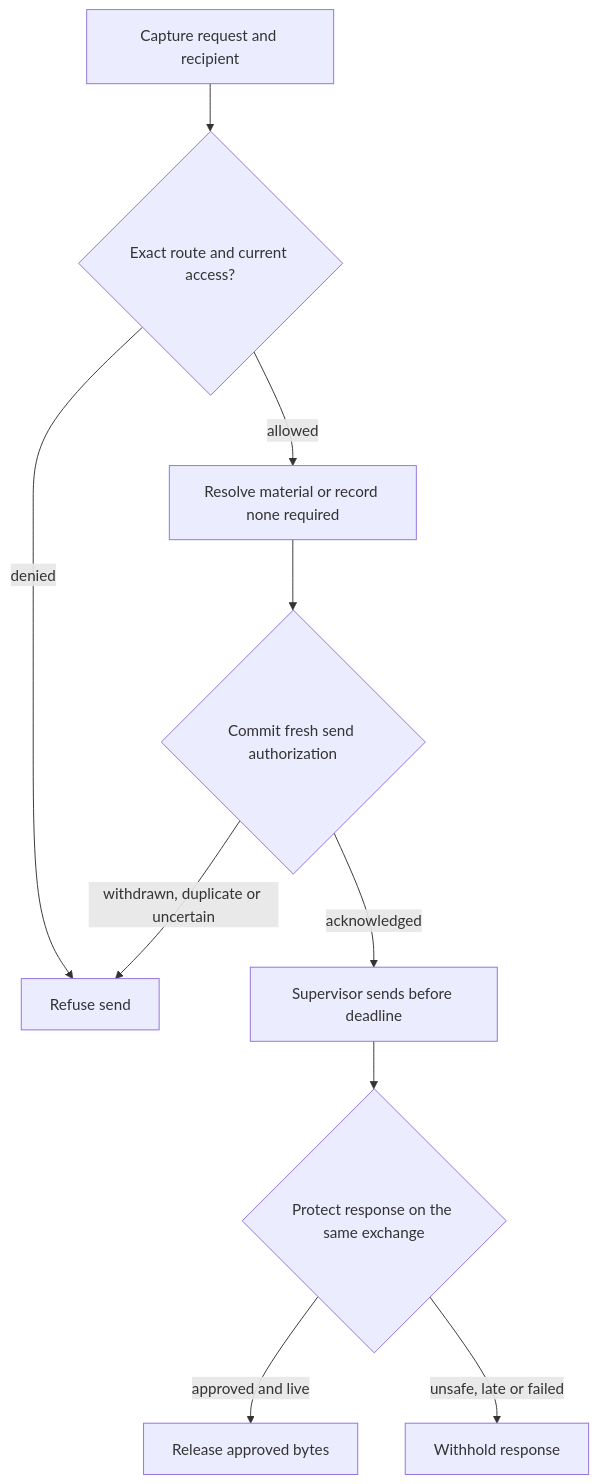
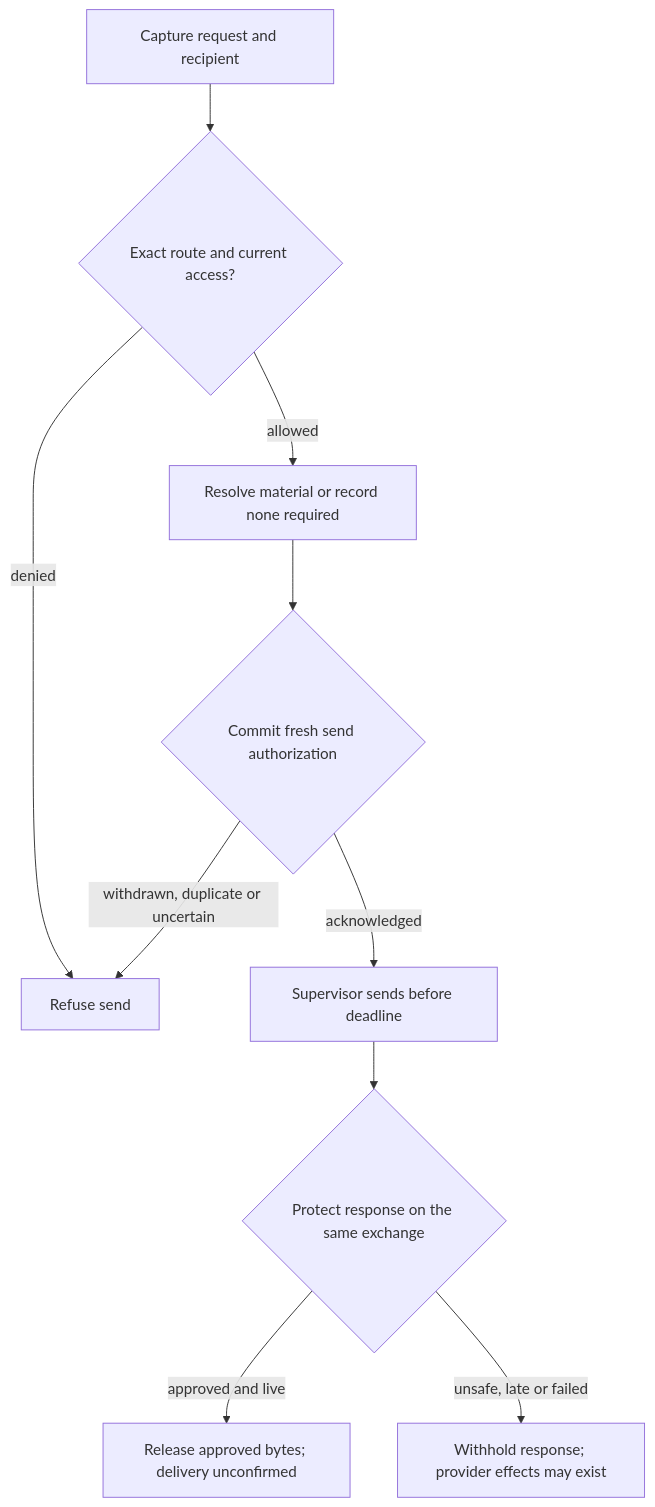
One commit to openclaw/openclaw-enterprise changed the diagram in docs/flows/credential-source-egress.md. Above: the diagram before and after it, drawn with Mermaid. The commit also changed 2 other files, not shown here.

Commit message:
docs: keep Credential Proxy delivery caveats
Restore three caveats the rewrite dropped: a withheld protected response
can still have provider effects and released bytes are not confirmed as
delivered; status.refresh never contains a token; and no stock OpenShell
deployment is qualified for the metadata exchange in this release.

````diff
--- a/docs/flows/credential-source-egress.md
+++ b/docs/flows/credential-source-egress.md
@@ -55,12 +55,12 @@
 ```mermaid
 graph TD
   A["Capture request and recipient"] --> B{"Exact route and current access?"}
   B -- "denied" --> X["Refuse send"]
   B -- "allowed" --> C["Resolve material or record none required"]
   C --> D{"Commit fresh send authorization"}
   D -- "withdrawn, duplicate or uncertain" --> X
   D -- "acknowledged" --> E["Supervisor sends before deadline"]
   E --> F{"Protect response on the same exchange"}
-  F -- "approved and live" --> G["Release approved bytes"]
-  F -- "unsafe, late or failed" --> H["Withhold response"]
+  F -- "approved and live" --> G["Release approved bytes; delivery unconfirmed"]
+  F -- "unsafe, late or failed" --> H["Withhold response; provider effects may exist"]
 ```
````
